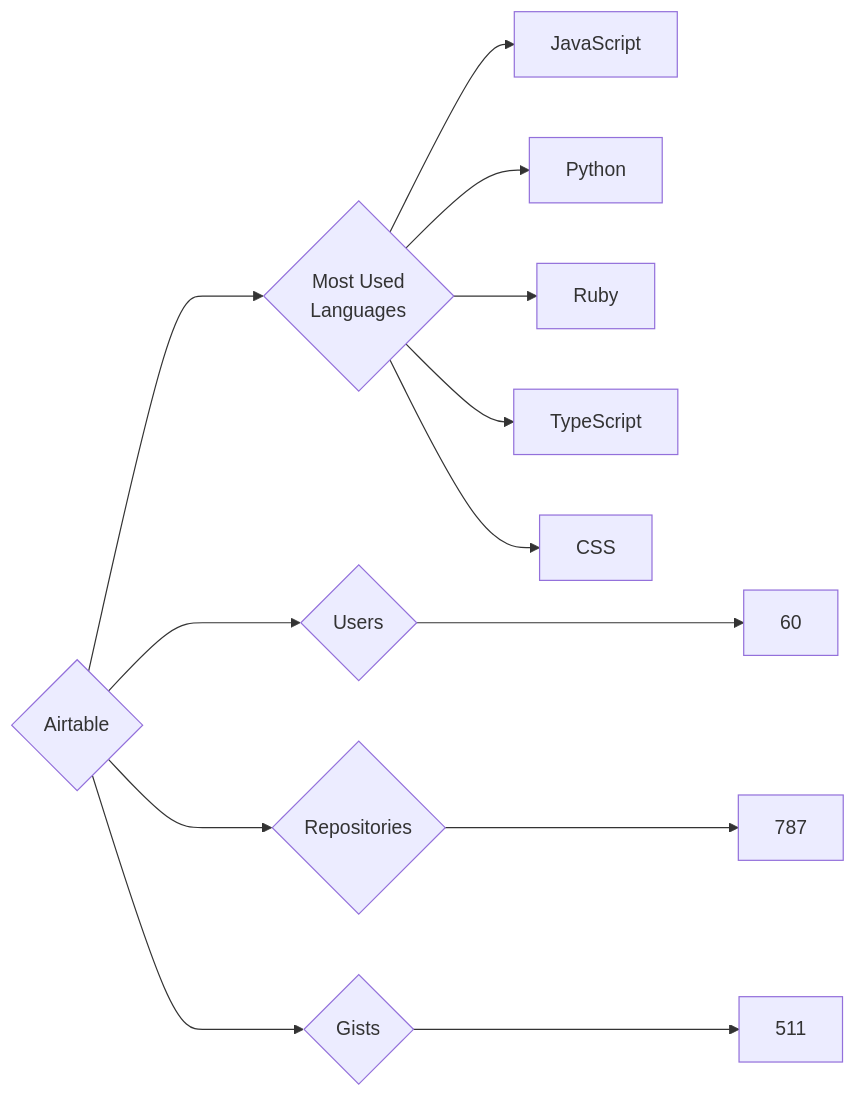
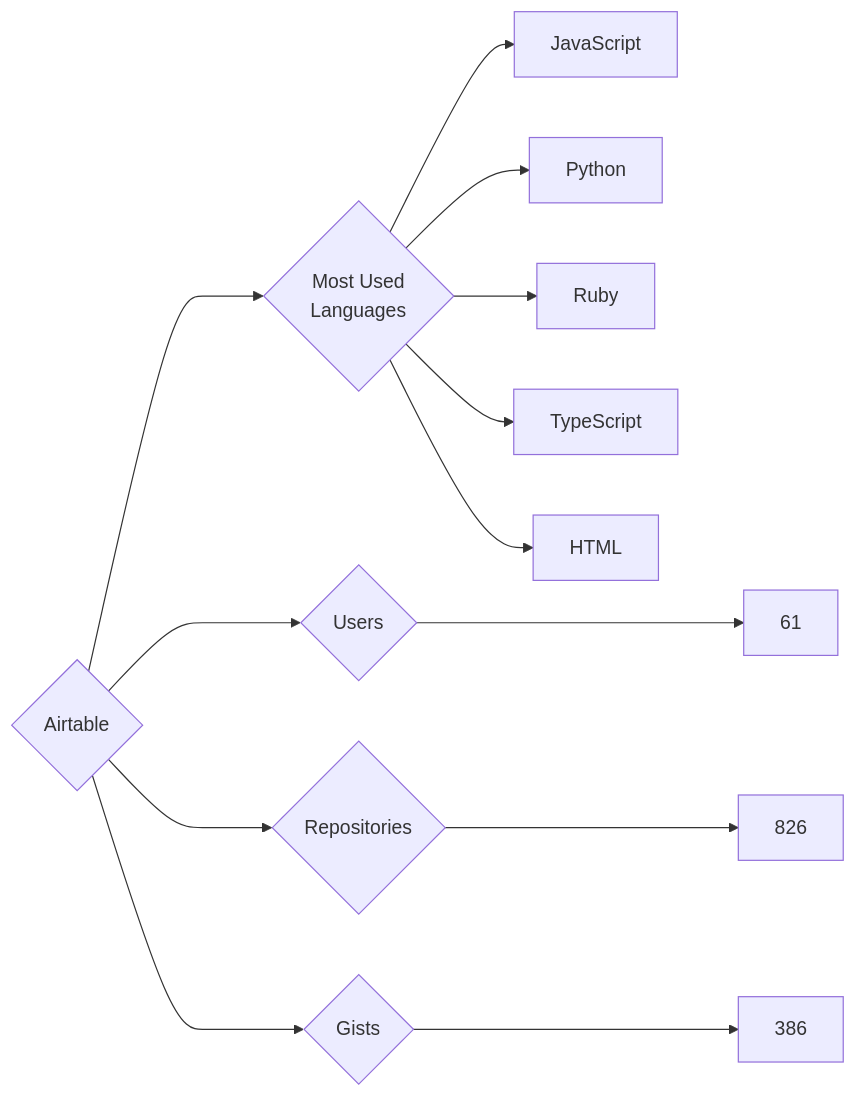
The diagram in targets/Airtable/README.md (trickest/insiders), drawn with Mermaid before and after one commit. The commit also changed 924 other files, not shown here.

````diff
--- a/targets/Airtable/README.md
+++ b/targets/Airtable/README.md
@@ -3,13 +3,13 @@
 ```mermaid
 graph LR
 COMPANY_NAME{Airtable}
-COMPANY_NAME ---> U{Users} ---> UN[60]
-COMPANY_NAME ---> R{Repositories} ---> RN[787]
-COMPANY_NAME ---> G{Gists} ---> GN[511]
+COMPANY_NAME ---> U{Users} ---> UN[61]
+COMPANY_NAME ---> R{Repositories} ---> RN[826]
+COMPANY_NAME ---> G{Gists} ---> GN[386]
 COMPANY_NAME ---> ML{Most Used<br>Languages}
 ML --> JavaScript[JavaScript]
 ML --> Python[Python]
 ML --> Ruby[Ruby]
 ML --> TypeScript[TypeScript]
-ML --> CSS[CSS]
+ML --> HTML[HTML]
 ```
````
